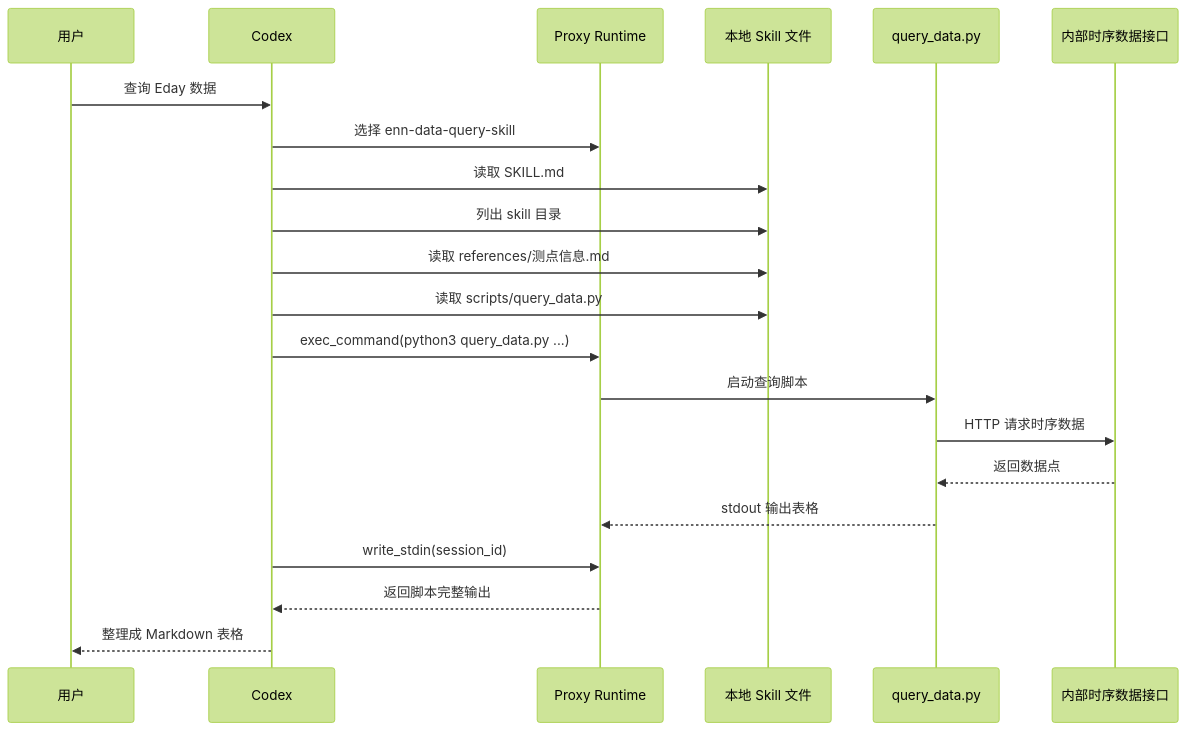
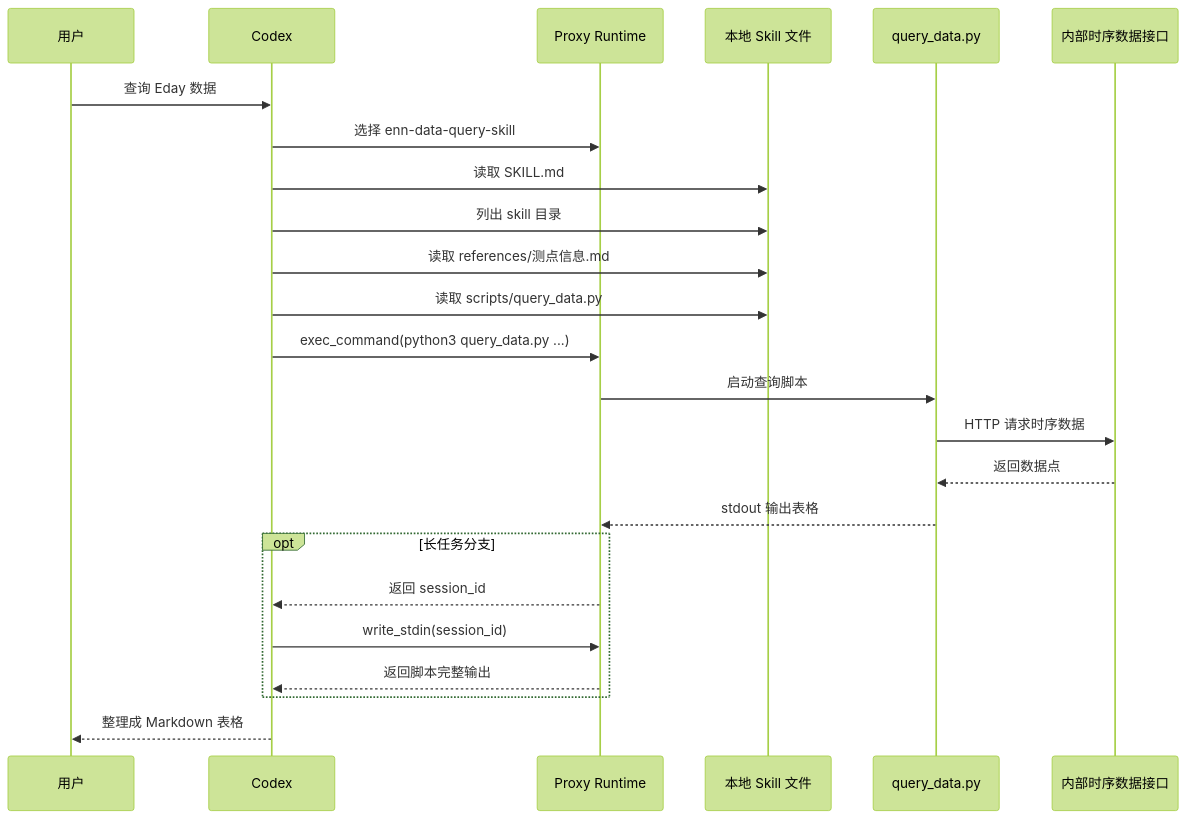
Before and after one commit to liuqitoday/personal-blog: the diagram in src/content/blog/codex-skill-implementation-from-proxy-log.md, drawn with Mermaid (forest theme). The commit also changed other lines of this file, not shown here.

````diff
--- a/src/content/blog/codex-skill-implementation-from-proxy-log.md
+++ b/src/content/blog/codex-skill-implementation-from-proxy-log.md
@@ -303,24 +303,27 @@
 ```mermaid
 sequenceDiagram
   participant User as 用户
   participant Model as Codex
   participant Runtime as Proxy Runtime
   participant FS as 本地 Skill 文件
   participant Script as query_data.py
   participant API as 内部时序数据接口
 
   User->>Model: 查询 Eday 数据
   Model->>Runtime: 选择 enn-data-query-skill
   Model->>FS: 读取 SKILL.md
   Model->>FS: 列出 skill 目录
   Model->>FS: 读取 references/测点信息.md
   Model->>FS: 读取 scripts/query_data.py
   Model->>Runtime: exec_command(python3 query_data.py ...)
   Runtime->>Script: 启动查询脚本
   Script->>API: HTTP 请求时序数据
   API-->>Script: 返回数据点
   Script-->>Runtime: stdout 输出表格
-  Model->>Runtime: write_stdin(session_id)
-  Runtime-->>Model: 返回脚本完整输出
+  opt 长任务分支
+    Runtime-->>Model: 返回 session_id
+    Model->>Runtime: write_stdin(session_id)
+    Runtime-->>Model: 返回脚本完整输出
+  end
   Model-->>User: 整理成 Markdown 表格
 ```
````
